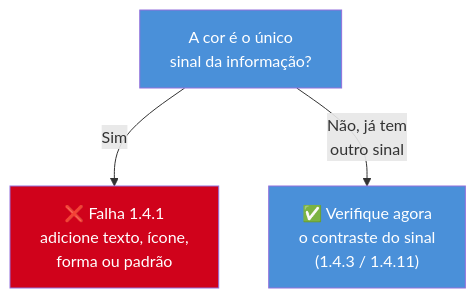
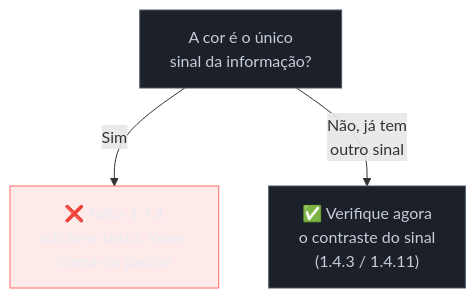
The second of 2 diagrams in 03-Dominios/Tecnologia/Acessibilidade/Construir Acessível/11 - Cor, contraste e visual acessível.md (josenaldo/codex-technomanticus), drawn with Mermaid before and after one commit. The commit also changed other lines of this file and 1181 other files, not shown here.

First line of the commit message:
fix(diagramas): paleta do sistema no lugar de cor cravada no markdown

````diff
--- a/03-Dominios/Tecnologia/Acessibilidade/Construir Acessível/11 - Cor, contraste e visual acessível.md
+++ b/03-Dominios/Tecnologia/Acessibilidade/Construir Acessível/11 - Cor, contraste e visual acessível.md
@@ -121,9 +124,11 @@
 ```mermaid
 graph TD
+    classDef neutro fill:#1B2029,stroke:#4E5666,color:#C6CCD8
+    classDef falha fill:#FF6B6B24,stroke:#FF6B6B,color:#E9ECF2
     Q["A cor é o único<br/>sinal da informação?"] -->|Sim| R["❌ Falha 1.4.1<br/>adicione texto, ícone,<br/>forma ou padrão"]
     Q -->|Não, já tem<br/>outro sinal| S["✅ Verifique agora<br/>o contraste do sinal<br/>(1.4.3 / 1.4.11)"]
 
-    style Q fill:#4A90D9,color:#fff
-    style R fill:#D0021B,color:#fff
-    style S fill:#4A90D9,color:#fff
+    class Q neutro
+    class R falha
+    class S neutro
 ```
````
